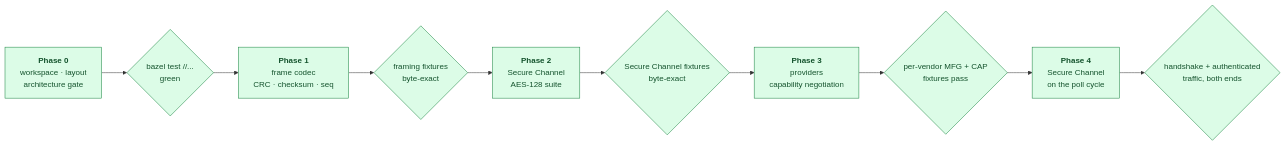
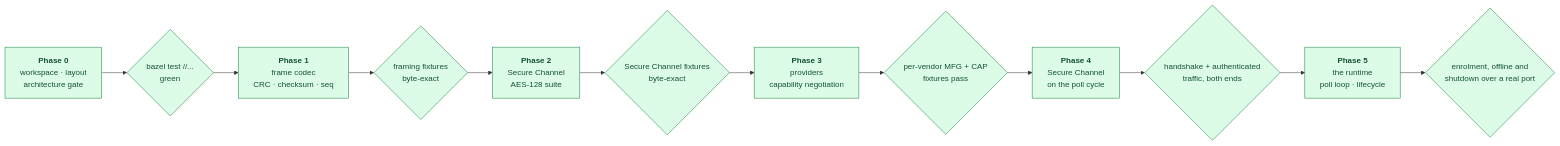
One commit to regalium-os/osdp-go changed the fourth of 4 diagrams in README.md. Above: the diagram before and after it, drawn with Mermaid. The commit also changed other lines of this file and 18 other files, not shown here.

````diff
--- a/README.md
+++ b/README.md
@@ -242,18 +284,20 @@
 ```mermaid
 flowchart LR
     p0["<b>Phase 0</b><br/>workspace · layout<br/>architecture gate"]
     g0{"bazel test //...<br/>green"}
     p1["<b>Phase 1</b><br/>frame codec<br/>CRC · checksum · seq"]
     g1{"framing fixtures<br/>byte-exact"}
     p2["<b>Phase 2</b><br/>Secure Channel<br/>AES-128 suite"]
     g2{"Secure Channel fixtures<br/>byte-exact"}
     p3["<b>Phase 3</b><br/>providers<br/>capability negotiation"]
     g3{"per-vendor MFG + CAP<br/>fixtures pass"}
     p4["<b>Phase 4</b><br/>Secure Channel<br/>on the poll cycle"]
     g4{"handshake + authenticated<br/>traffic, both ends"}
+    p5["<b>Phase 5</b><br/>the runtime<br/>poll loop · lifecycle"]
+    g5{"enrolment, offline and<br/>shutdown over a real port"}
 
-    p0 --> g0 --> p1 --> g1 --> p2 --> g2 --> p3 --> g3 --> p4 --> g4
+    p0 --> g0 --> p1 --> g1 --> p2 --> g2 --> p3 --> g3 --> p4 --> g4 --> p5 --> g5
 
     classDef done fill:#dcfce7,stroke:#15803d,color:#14532d
-    class p0,g0,p1,g1,p2,g2,p3,g3,p4,g4 done
+    class p0,g0,p1,g1,p2,g2,p3,g3,p4,g4,p5,g5 done
 ```
````
